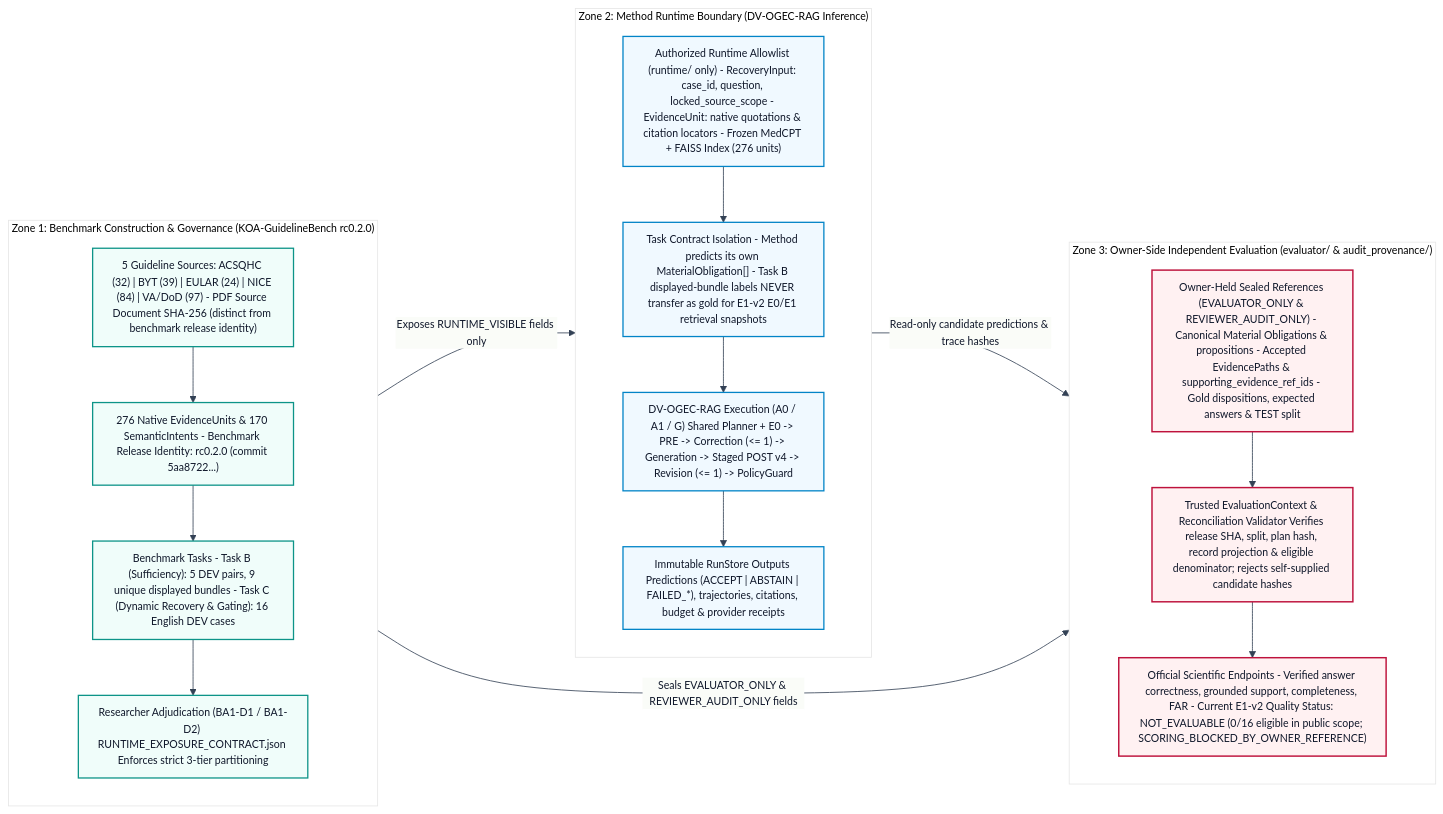
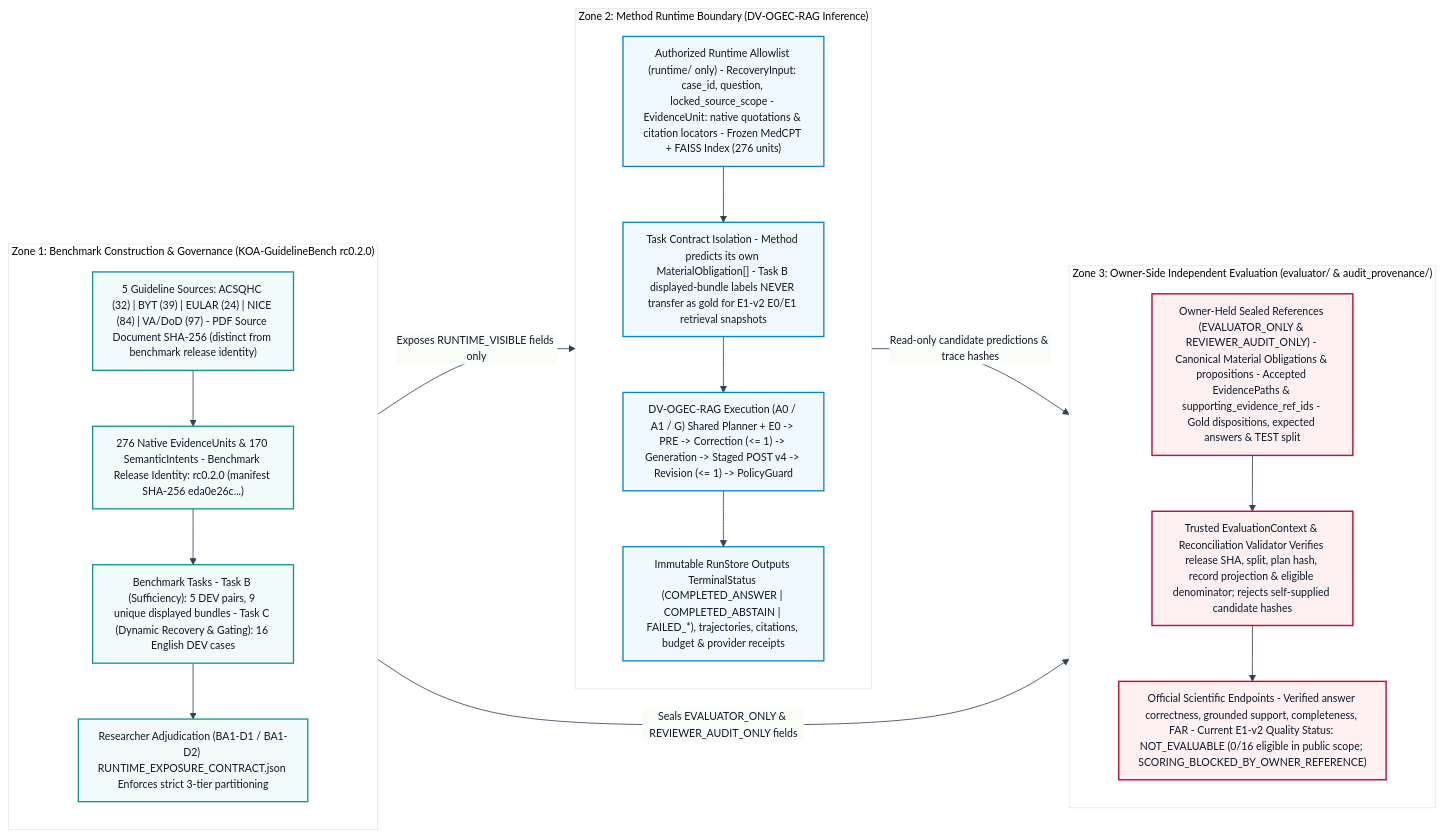
One commit to KwanFam26022005/KOA-Agentic-RAG-System changed the diagram in assets/diagrams/04-benchmark-evaluation-boundary.mmd. Above: the diagram before and after it, drawn with Mermaid. The commit also changed 27 other files, not shown here.

```diff
--- a/assets/diagrams/04-benchmark-evaluation-boundary.mmd
+++ b/assets/diagrams/04-benchmark-evaluation-boundary.mmd
@@ -1,39 +1,39 @@
 %%{init: {'theme': 'base', 'themeVariables': {'background': '#ffffff', 'primaryColor': '#f8fafc', 'primaryTextColor': '#0f172a', 'primaryBorderColor': '#475569', 'lineColor': '#334155', 'fontFamily': 'Inter, Segoe UI, Arial, sans-serif', 'fontSize': '13px'}, 'flowchart': {'curve': 'basis', 'nodeSpacing': 30, 'rankSpacing': 44, 'padding': 12}}}%%
 flowchart LR
   subgraph ZONE1["Zone 1: Benchmark Construction & Governance (KOA-GuidelineBench rc0.2.0)"]
     direction TB
     Z1_G["5 Guideline Sources: ACSQHC (32) | BYT (39) | EULAR (24) | NICE (84) | VA/DoD (97) - PDF Source Document SHA-256 (distinct from benchmark release identity)"]
-    Z1_EU["276 Native EvidenceUnits & 170 SemanticIntents - Benchmark Release Identity: rc0.2.0 (commit 5aa8722...)"]
+    Z1_EU["276 Native EvidenceUnits & 170 SemanticIntents - Benchmark Release Identity: rc0.2.0 (manifest SHA-256 eda0e26c...)"]
     Z1_TASKS["Benchmark Tasks - Task B (Sufficiency): 5 DEV pairs, 9 unique displayed bundles - Task C (Dynamic Recovery & Gating): 16 English DEV cases"]
     Z1_ADJ["Researcher Adjudication (BA1-D1 / BA1-D2) RUNTIME_EXPOSURE_CONTRACT.json Enforces strict 3-tier partitioning"]
     Z1_G --> Z1_EU --> Z1_TASKS --> Z1_ADJ
   end
 
   subgraph ZONE2["Zone 2: Method Runtime Boundary (DV-OGEC-RAG Inference)"]
     direction TB
     Z2_ALLOW["Authorized Runtime Allowlist (runtime/ only) - RecoveryInput: case_id, question, locked_source_scope - EvidenceUnit: native quotations & citation locators - Frozen MedCPT + FAISS Index (276 units)"]
     Z2_NOTE["Task Contract Isolation - Method predicts its own MaterialObligation[] - Task B displayed-bundle labels NEVER transfer as gold for E1-v2 E0/E1 retrieval snapshots"]
     Z2_EXEC["DV-OGEC-RAG Execution (A0 / A1 / G) Shared Planner + E0 -> PRE -> Correction (<= 1) -> Generation -> Staged POST v4 -> Revision (<= 1) -> PolicyGuard"]
-    Z2_STORE["Immutable RunStore Outputs Predictions (ACCEPT | ABSTAIN | FAILED_*), trajectories, citations, budget & provider receipts"]
+    Z2_STORE["Immutable RunStore Outputs TerminalStatus (COMPLETED_ANSWER | COMPLETED_ABSTAIN | FAILED_*), trajectories, citations, budget & provider receipts"]
     Z2_ALLOW --> Z2_NOTE --> Z2_EXEC --> Z2_STORE
   end
 
   subgraph ZONE3["Zone 3: Owner-Side Independent Evaluation (evaluator/ & audit_provenance/)"]
     direction TB
     Z3_HOLD["Owner-Held Sealed References (EVALUATOR_ONLY & REVIEWER_AUDIT_ONLY) - Canonical Material Obligations & propositions - Accepted EvidencePaths & supporting_evidence_ref_ids - Gold dispositions, expected answers & TEST split"]
     Z3_RECON["Trusted EvaluationContext & Reconciliation Validator Verifies release SHA, split, plan hash, record projection & eligible denominator; rejects self-supplied candidate hashes"]
     Z3_METRICS["Official Scientific Endpoints - Verified answer correctness, grounded support, completeness, FAR - Current E1-v2 Quality Status: NOT_EVALUABLE (0/16 eligible in public scope; SCORING_BLOCKED_BY_OWNER_REFERENCE)"]
     Z3_HOLD --> Z3_RECON --> Z3_METRICS
   end
 
   Z1_ADJ -->|"Exposes RUNTIME_VISIBLE fields only"| Z2_ALLOW
   Z1_ADJ -->|"Seals EVALUATOR_ONLY & REVIEWER_AUDIT_ONLY fields"| Z3_HOLD
   Z2_STORE -->|"Read-only candidate predictions & trace hashes"| Z3_RECON
 
   classDef z1 fill:#f0fdfa,stroke:#0d9488,stroke-width:1.6px,color:#0f172a;
   classDef z2 fill:#f0f9ff,stroke:#0284c7,stroke-width:1.6px,color:#0f172a;
   classDef z3 fill:#fff1f2,stroke:#be123c,stroke-width:1.8px,color:#0f172a;
 
   class Z1_G,Z1_EU,Z1_TASKS,Z1_ADJ z1;
   class Z2_ALLOW,Z2_NOTE,Z2_EXEC,Z2_STORE z2;
   class Z3_HOLD,Z3_RECON,Z3_METRICS z3;
```
